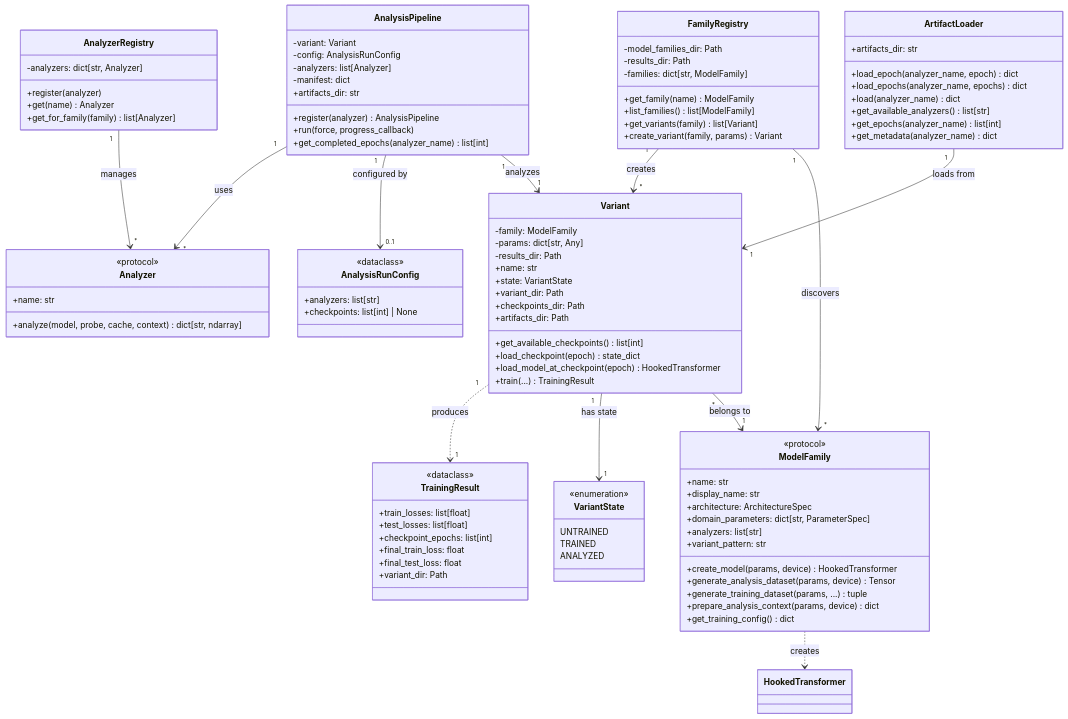
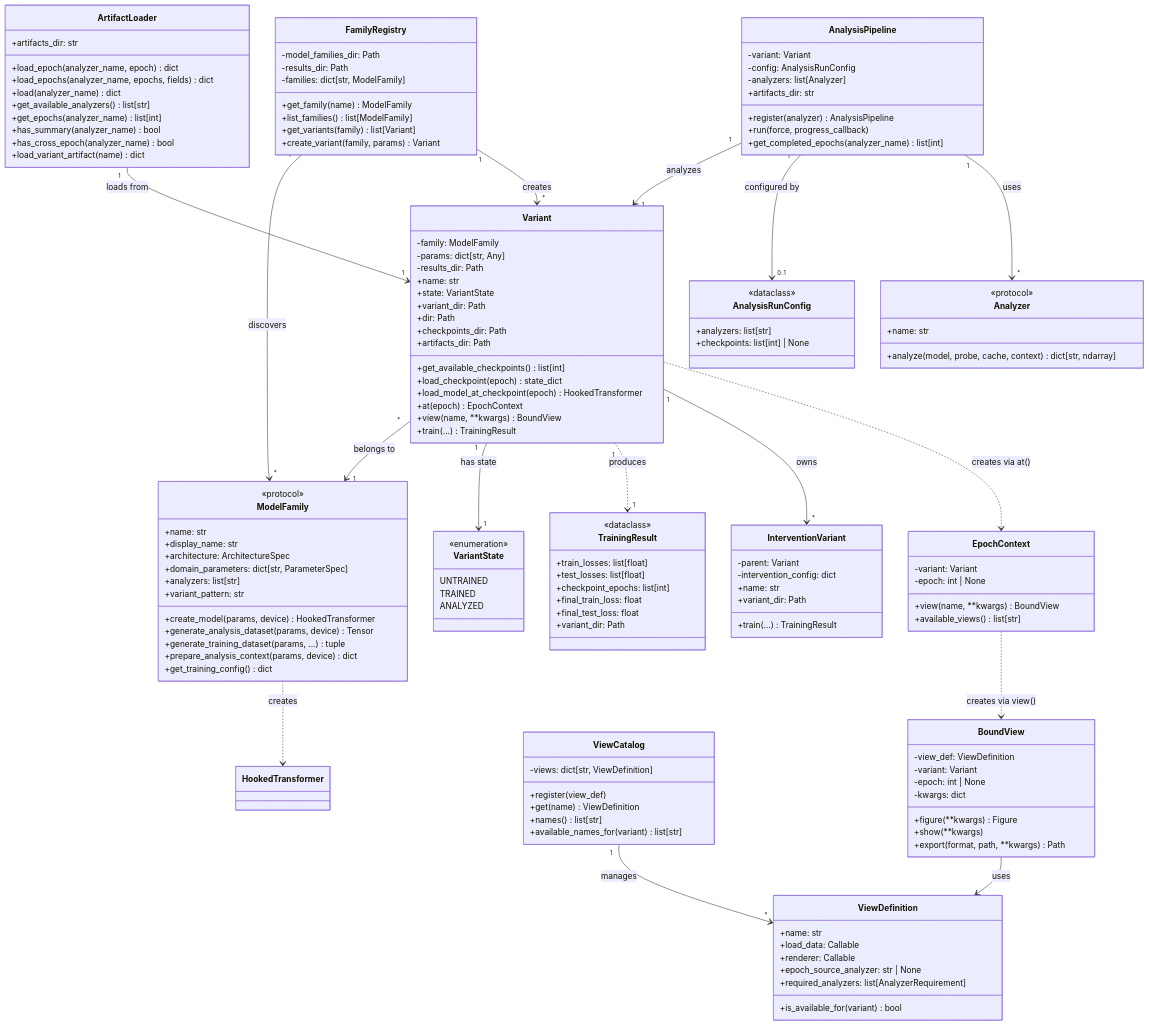
Before and after one commit to roaringsurfdev/training-dynamics-workbench: the diagram in DOMAIN_MODEL.md, drawn with Mermaid. The commit also changed other lines of this file and 14 other files, not shown here.

```diff
--- a/DOMAIN_MODEL.md
+++ b/DOMAIN_MODEL.md
@@ -40,11 +40,22 @@
         +name: str
         +state: VariantState
         +variant_dir: Path
+        +dir: Path
         +checkpoints_dir: Path
         +artifacts_dir: Path
         +get_available_checkpoints() list[int]
         +load_checkpoint(epoch) state_dict
         +load_model_at_checkpoint(epoch) HookedTransformer
+        +at(epoch) EpochContext
+        +view(name, **kwargs) BoundView
+        +train(...) TrainingResult
+    }
+
+    class InterventionVariant {
+        -parent: Variant
+        -intervention_config: dict
+        +name: str
+        +variant_dir: Path
         +train(...) TrainingResult
     }
 
@@ -55,11 +66,44 @@
         ANALYZED
     }
 
+    class EpochContext {
+        -variant: Variant
+        -epoch: int | None
+        +view(name, **kwargs) BoundView
+        +available_views() list[str]
+    }
+
+    class BoundView {
+        -view_def: ViewDefinition
+        -variant: Variant
+        -epoch: int | None
+        -kwargs: dict
+        +figure(**kwargs) Figure
+        +show(**kwargs)
+        +export(format, path, **kwargs) Path
+    }
+
+    class ViewDefinition {
+        +name: str
+        +load_data: Callable
+        +renderer: Callable
+        +epoch_source_analyzer: str | None
+        +required_analyzers: list[AnalyzerRequirement]
+        +is_available_for(variant) bool
+    }
+
+    class ViewCatalog {
+        -views: dict[str, ViewDefinition]
+        +register(view_def)
+        +get(name) ViewDefinition
+        +names() list[str]
+        +available_names_for(variant) list[str]
+    }
+
     class AnalysisPipeline {
         -variant: Variant
         -config: AnalysisRunConfig
         -analyzers: list[Analyzer]
-        -manifest: dict
         +artifacts_dir: str
         +register(analyzer) AnalysisPipeline
         +run(force, progress_callback)
@@ -78,21 +122,16 @@
         +analyze(model, probe, cache, context) dict[str, ndarray]
     }
 
-    class AnalyzerRegistry {
-        -analyzers: dict[str, Analyzer]
-        +register(analyzer)
-        +get(name) Analyzer
-        +get_for_family(family) list[Analyzer]
-    }
-
     class ArtifactLoader {
         +artifacts_dir: str
         +load_epoch(analyzer_name, epoch) dict
-        +load_epochs(analyzer_name, epochs) dict
+        +load_epochs(analyzer_name, epochs, fields) dict
         +load(analyzer_name) dict
         +get_available_analyzers() list[str]
         +get_epochs(analyzer_name) list[int]
-        +get_metadata(analyzer_name) dict
+        +has_summary(analyzer_name) bool
+        +has_cross_epoch(analyzer_name) bool
+        +load_variant_artifact(name) dict
     }
 
     class TrainingResult {
@@ -111,13 +150,17 @@
     Variant "*" --> "1" ModelFamily : belongs to
     Variant "1" --> "1" VariantState : has state
     Variant "1" ..> "1" TrainingResult : produces
+    Variant "1" --> "*" InterventionVariant : owns
+
+    Variant ..> EpochContext : creates via at()
+    EpochContext ..> BoundView : creates via view()
+    BoundView --> ViewDefinition : uses
+    ViewCatalog "1" --> "*" ViewDefinition : manages
 
     AnalysisPipeline "1" --> "1" Variant : analyzes
     AnalysisPipeline "1" --> "0..1" AnalysisRunConfig : configured by
     AnalysisPipeline "1" --> "*" Analyzer : uses
 
-    AnalyzerRegistry "1" --> "*" Analyzer : manages
-
     ArtifactLoader "1" --> "1" Variant : loads from
 
     ModelFamily ..> HookedTransformer : creates
```
